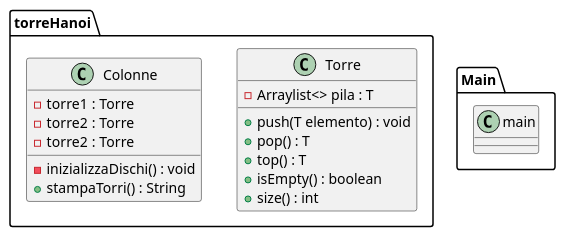
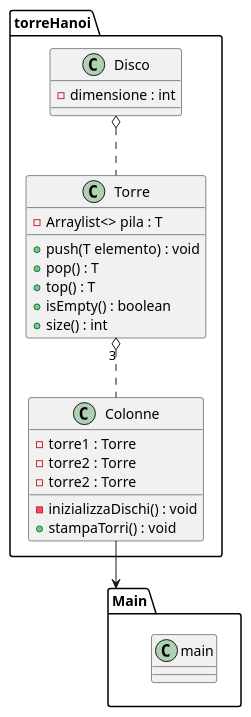
Before and after one commit to vero-sh/veroRepo: the diagram in TorreHanoi/src/Progettazione/CD.puml, drawn with PlantUML. The commit also changed 6 other files, not shown here.

```diff
--- a/TorreHanoi/src/Progettazione/CD.puml
+++ b/TorreHanoi/src/Progettazione/CD.puml
@@ -1,28 +1,33 @@
 @startuml
 package torreHanoi{
 
 class Torre{
 -Arraylist<> pila : T
 +push(T elemento) : void
 +pop() : T
 +top() : T
 +isEmpty() : boolean
 +size() : int
 }
 
 class Colonne{
 -torre1 : Torre
 -torre2 : Torre
 -torre2 : Torre
 -inizializzaDischi() : void
-+stampaTorri() : String
++stampaTorri() : void
+}
+class Disco{
+-dimensione : int
 }
 
 }
 
 package Main{
 class main{
 }
 }
-
+Colonne --> Main
+Torre "3" o.. Colonne
+Disco o.. Torre
 @enduml
```
